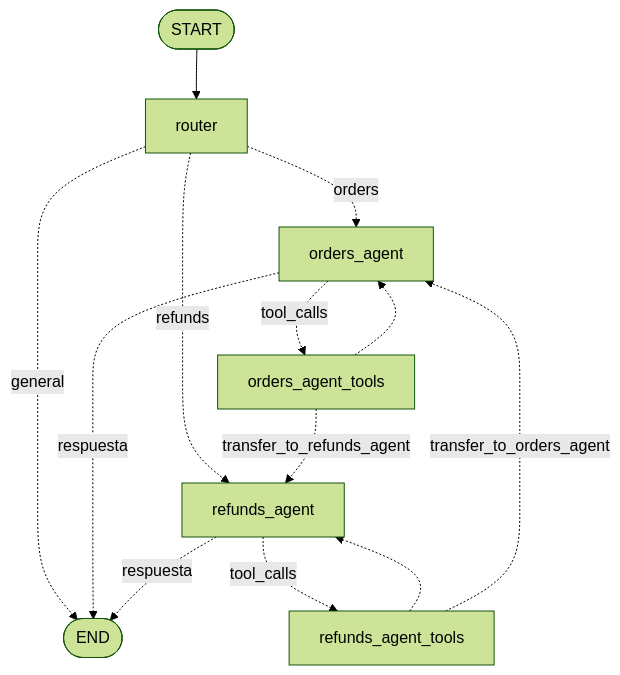
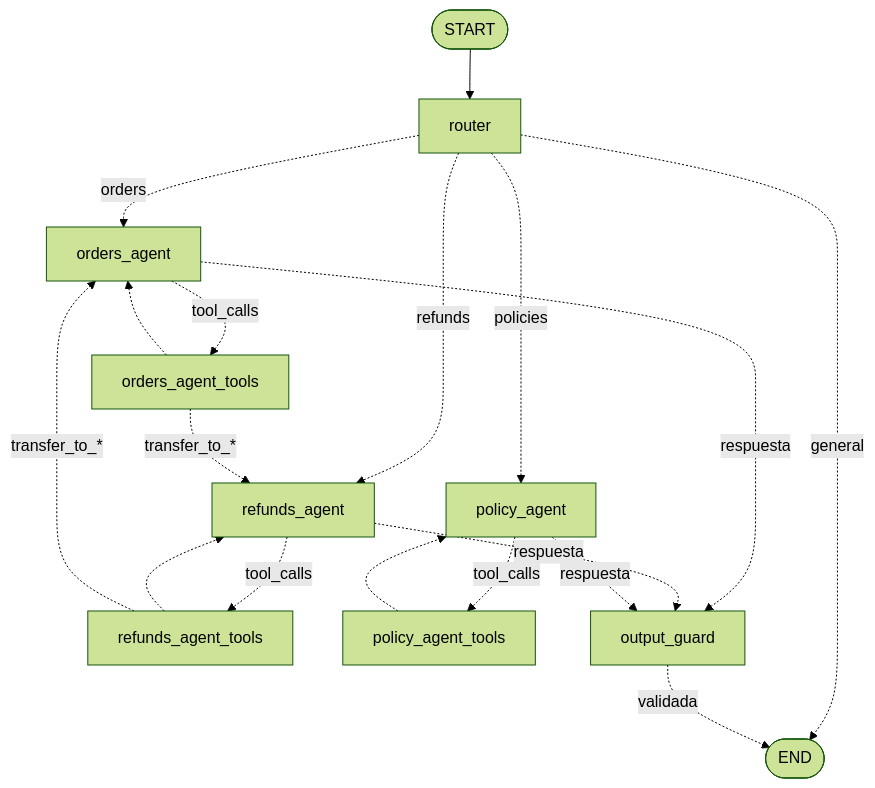
One commit to HiroForYou/shopassist-ai-agent changed the diagram in docs/fase-02-multiagent.md. Above: the diagram before and after it, drawn with Mermaid (forest theme). The commit also changed other lines of this file and 97 other files, not shown here.

````diff
--- a/docs/fase-02-multiagent.md
+++ b/docs/fase-02-multiagent.md
@@ -11,15 +10,20 @@
 ```mermaid
 graph TD;
     START([START]) --> router
     router -.general.-> END([END])
     router -.orders.-> orders_agent
     router -.refunds.-> refunds_agent
+    router -.policies.-> policy_agent
     orders_agent -.tool_calls.-> orders_agent_tools
-    orders_agent -.respuesta.-> END
+    refunds_agent -.tool_calls.-> refunds_agent_tools
+    policy_agent -.tool_calls.-> policy_agent_tools
     orders_agent_tools -.-> orders_agent
-    orders_agent_tools -.transfer_to_refunds_agent.-> refunds_agent
-    refunds_agent -.tool_calls.-> refunds_agent_tools
-    refunds_agent -.respuesta.-> END
     refunds_agent_tools -.-> refunds_agent
-    refunds_agent_tools -.transfer_to_orders_agent.-> orders_agent
+    policy_agent_tools -.-> policy_agent
+    orders_agent_tools -.transfer_to_*.-> refunds_agent
+    refunds_agent_tools -.transfer_to_*.-> orders_agent
+    orders_agent -.respuesta.-> output_guard
+    refunds_agent -.respuesta.-> output_guard
+    policy_agent -.respuesta.-> output_guard
+    output_guard -.validada.-> END
 ```
````
